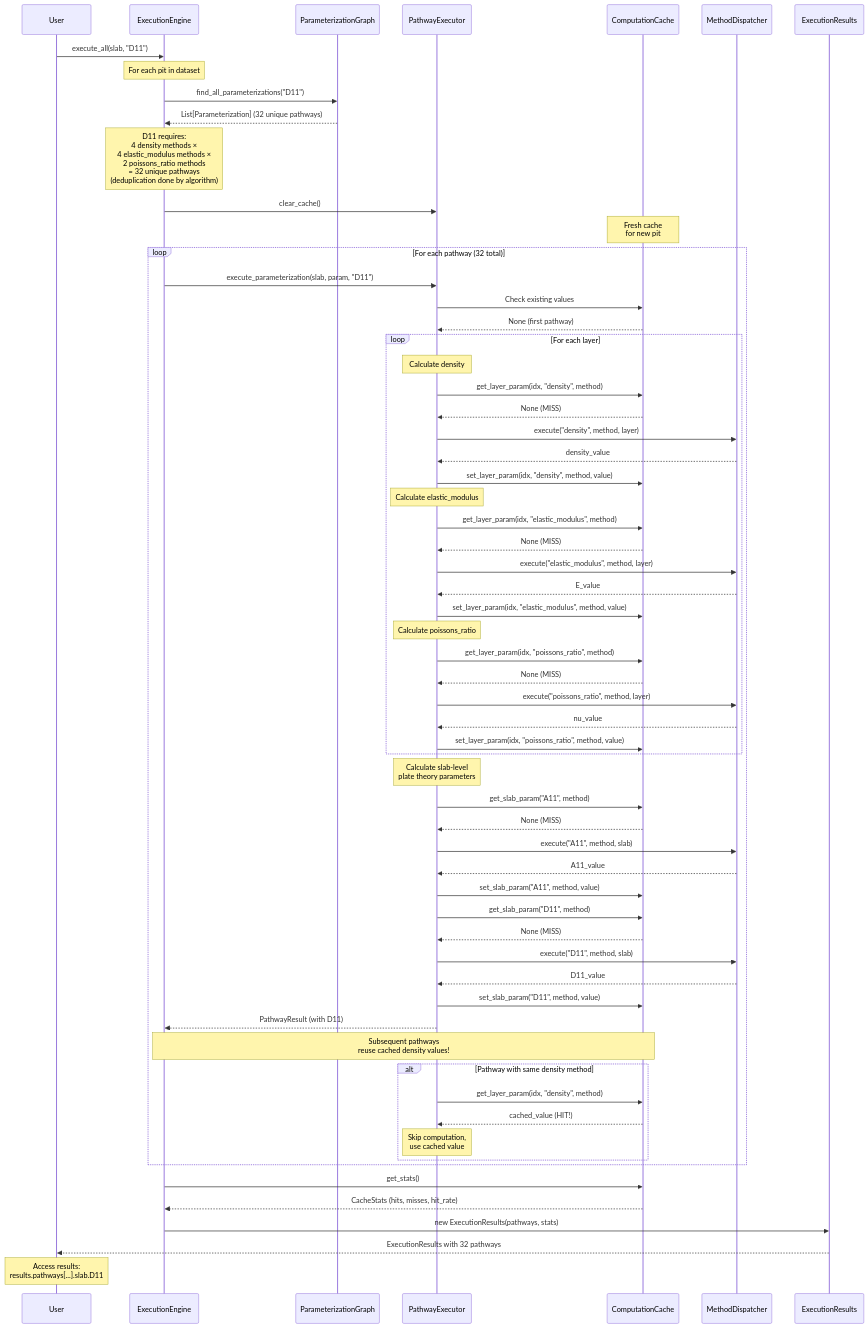
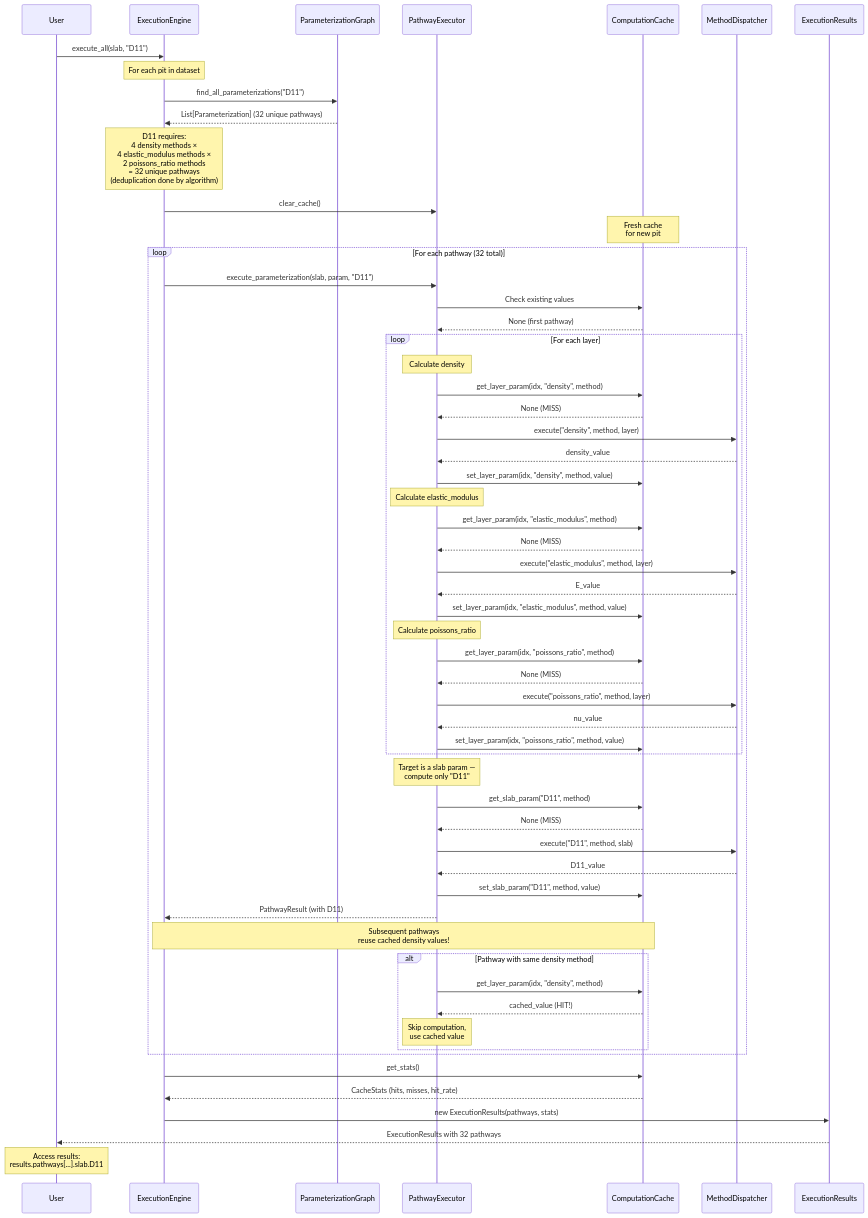
Before and after one commit to connellymk/SnowPyt-MechParams: the third of 7 diagrams in docs/execution_engine.md, drawn with Mermaid. The commit also changed other lines of this file and 12 other files, not shown here.

```diff
--- a/docs/execution_engine.md
+++ b/docs/execution_engine.md
@@ -264,13 +264,7 @@
             Executor->>Cache: set_layer_param(idx, "poissons_ratio", method, value)
         end
         
-        Note over Executor: Calculate slab-level<br/>plate theory parameters
-        
-        Executor->>Cache: get_slab_param("A11", method)
-        Cache-->>Executor: None (MISS)
-        Executor->>Dispatcher: execute("A11", method, slab)
-        Dispatcher-->>Executor: A11_value
-        Executor->>Cache: set_slab_param("A11", method, value)
+        Note over Executor: Target is a slab param —<br/>compute only "D11"
         
         Executor->>Cache: get_slab_param("D11", method)
         Cache-->>Executor: None (MISS)
```
